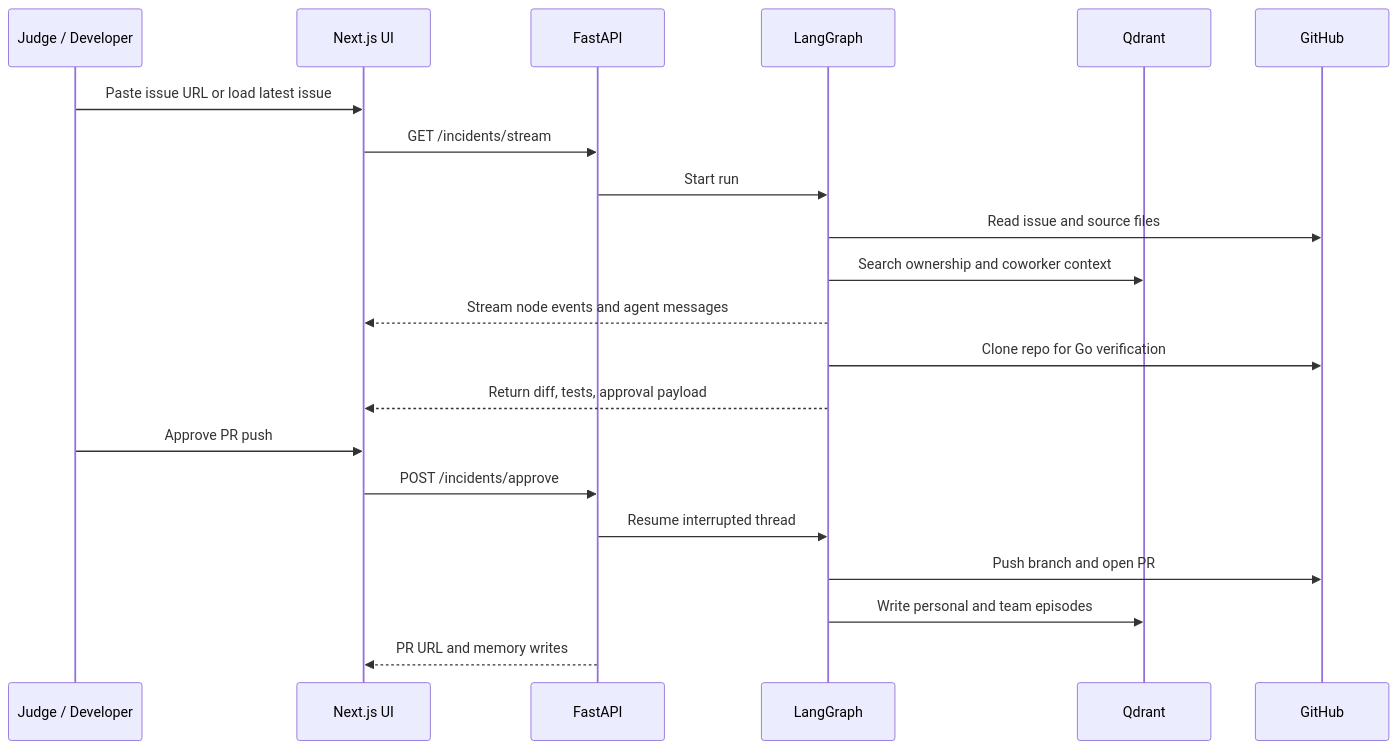
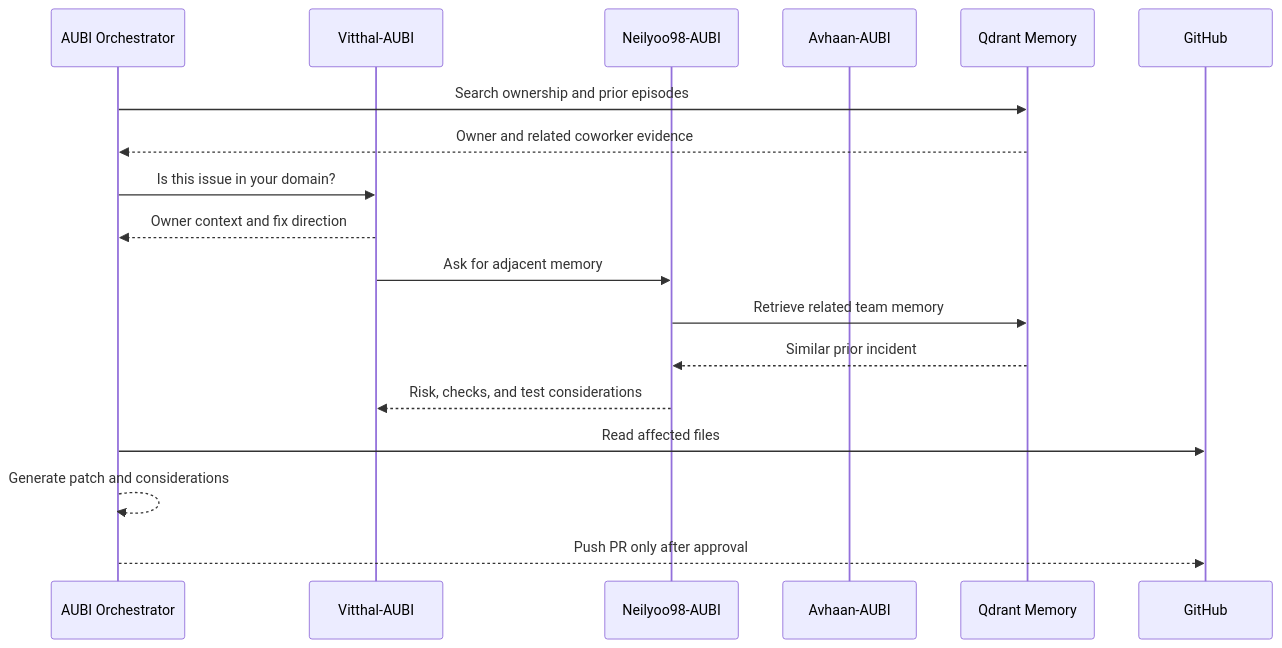
One commit to Neilyoo98/GDSC-Hackathon changed the seventh of 7 diagrams in README.md. Above: the diagram before and after it, drawn with Mermaid. The commit also changed other lines of this file, not shown here.

Commit message:
Polish README architecture narrative

````diff
--- a/README.md
+++ b/README.md
@@ -151,24 +321,21 @@
 ```mermaid
 sequenceDiagram
-    participant Judge as Judge / Developer
-    participant UI as Next.js UI
-    participant API as FastAPI
-    participant Graph as LangGraph
-    participant Memory as Qdrant
-    participant GH as GitHub
+    participant O as AUBI Orchestrator
+    participant V as Vitthal-AUBI
+    participant N as Neilyoo98-AUBI
+    participant A as Avhaan-AUBI
+    participant M as Qdrant Memory
+    participant G as GitHub
 
-    Judge->>UI: Paste issue URL or load latest issue
-    UI->>API: GET /incidents/stream
-    API->>Graph: Start run
-    Graph->>GH: Read issue and source files
-    Graph->>Memory: Search ownership and coworker context
-    Graph-->>UI: Stream node events and agent messages
-    Graph->>GH: Clone repo for Go verification
-    Graph-->>UI: Return diff, tests, approval payload
-    Judge->>UI: Approve PR push
-    UI->>API: POST /incidents/approve
-    API->>Graph: Resume interrupted thread
-    Graph->>GH: Push branch and open PR
-    Graph->>Memory: Write personal and team episodes
-    API-->>UI: PR URL and memory writes
+    O->>M: Search ownership and prior episodes
+    M-->>O: Owner and related coworker evidence
+    O->>V: Is this issue in your domain?
+    V-->>O: Owner context and fix direction
+    V->>N: Ask for adjacent memory
+    N->>M: Retrieve related team memory
+    M-->>N: Similar prior incident
+    N-->>V: Risk, checks, and test considerations
+    O->>G: Read affected files
+    O-->>O: Generate patch and considerations
+    O-->>G: Push PR only after approval
 ```
````
